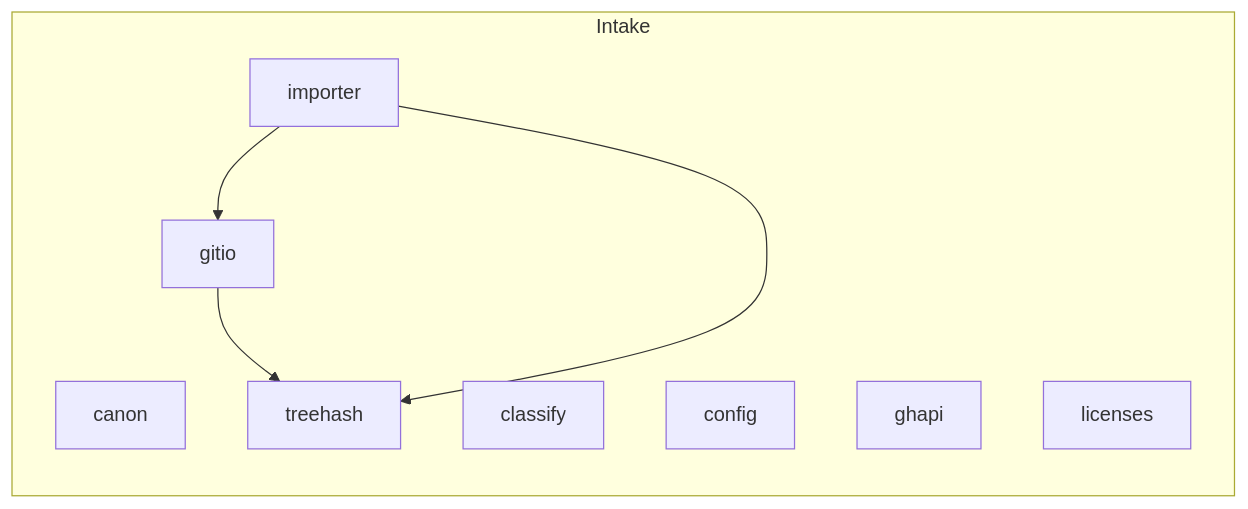
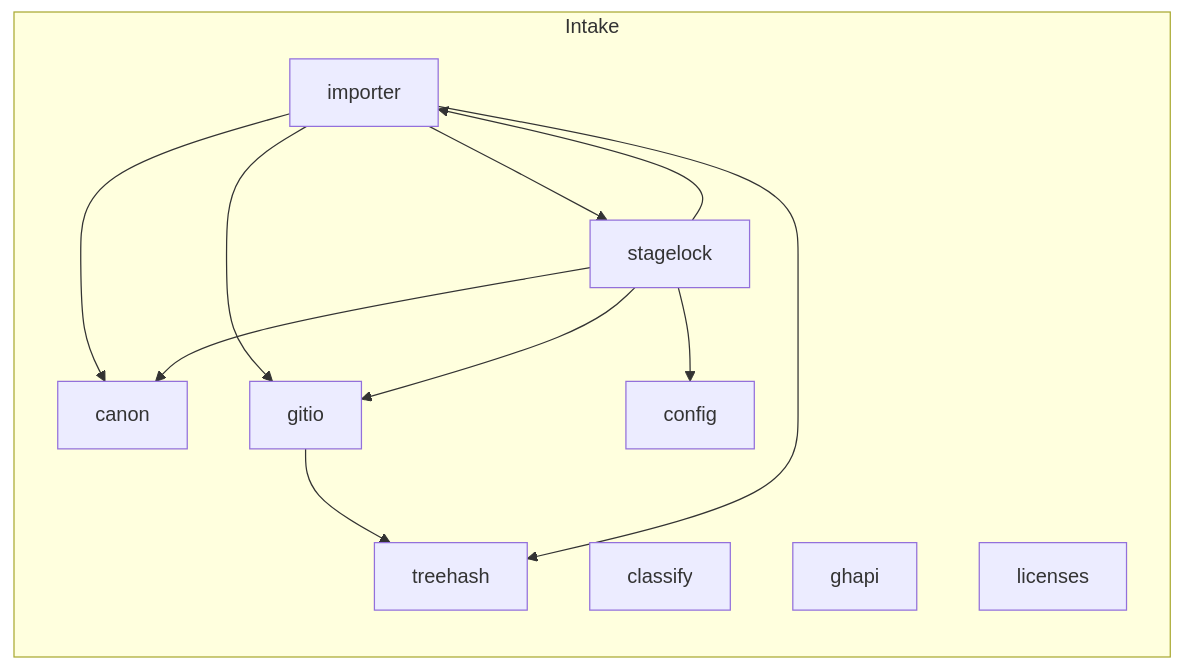
One commit to Okan-wqm/snowball-mcp changed the fourth of 8 diagrams in docs/harita.md. Above: the diagram before and after it, drawn with Mermaid. The commit also changed other lines of this file and 17 other files, not shown here.

````diff
--- a/docs/harita.md
+++ b/docs/harita.md
@@ -168,17 +170,24 @@
 ```mermaid
 flowchart LR
   subgraph a_Intake["Intake"]
     m_canon["canon"]
     m_classify["classify"]
     m_config["config"]
     m_ghapi["ghapi"]
     m_gitio["gitio"]
     m_importer["importer"]
     m_licenses["licenses"]
+    m_stagelock["stagelock"]
     m_treehash["treehash"]
   end
   m_gitio --> m_treehash
+  m_importer --> m_canon
   m_importer --> m_gitio
+  m_importer --> m_stagelock
   m_importer --> m_treehash
+  m_stagelock --> m_canon
+  m_stagelock --> m_config
+  m_stagelock --> m_gitio
+  m_stagelock --> m_importer
   classDef outside stroke-dasharray: 4 3
 ```
````
